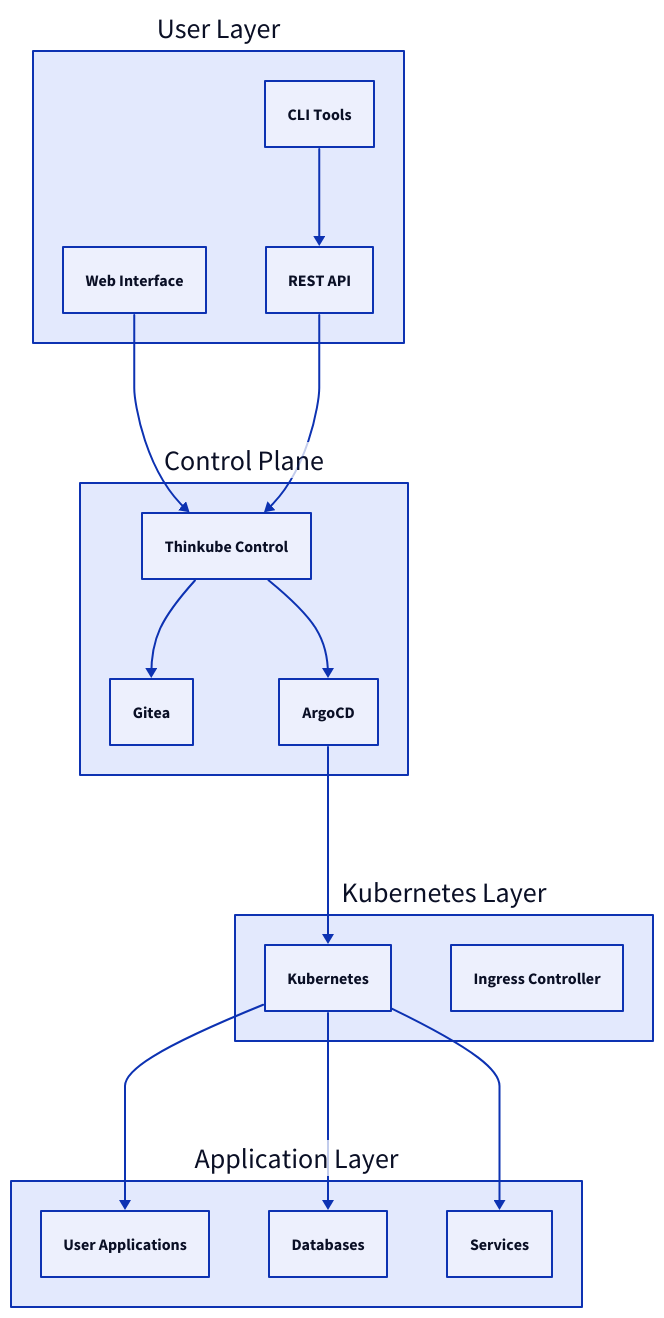
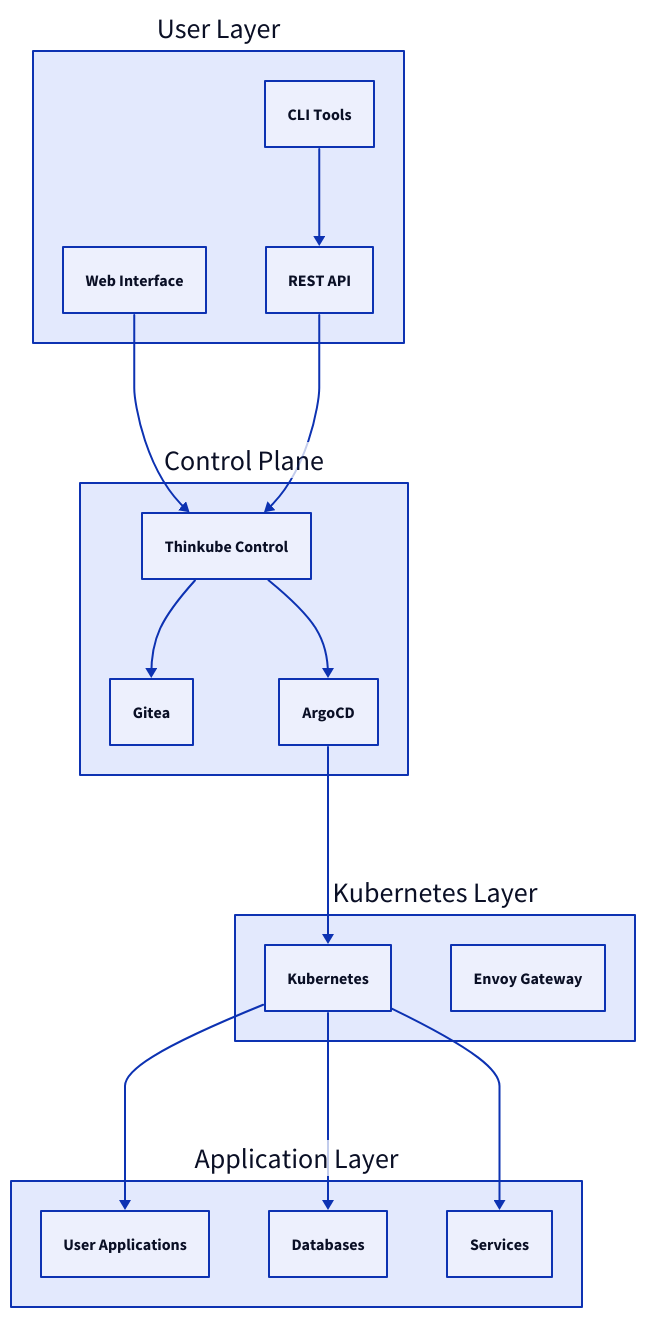
One commit to thinkube/thinkube.org changed the diagram in src/content/docs/architecture/index.md. Above: the diagram before and after it, drawn with D2. The commit also changed other lines of this file and 5 other files, not shown here.

First line of the commit message:
Replace deprecated Ingress/NGINX references with Gateway API/Envoy

````diff
--- a/src/content/docs/architecture/index.md
+++ b/src/content/docs/architecture/index.md
@@ -20,34 +20,34 @@
 ```d2
 User Layer: {
   UI: Web Interface
   CLI: CLI Tools
   API: REST API
 }
 
 Control Plane: {
   TC: Thinkube Control
   Gitea: Gitea
   ArgoCD: ArgoCD
 }
 
 Kubernetes Layer: {
   K8s: Kubernetes
-  Ingress: Ingress Controller
+  Gateway: Envoy Gateway
 }
 
 Application Layer: {
   Apps: User Applications
   DBs: Databases
   Services: Services
 }
 
 User Layer.UI -> Control Plane.TC
 User Layer.CLI -> User Layer.API
 User Layer.API -> Control Plane.TC
 Control Plane.TC -> Control Plane.Gitea
 Control Plane.TC -> Control Plane.ArgoCD
 Control Plane.ArgoCD -> Kubernetes Layer.K8s
 Kubernetes Layer.K8s -> Application Layer.Apps
 Kubernetes Layer.K8s -> Application Layer.DBs
 Kubernetes Layer.K8s -> Application Layer.Services
 ```
````
